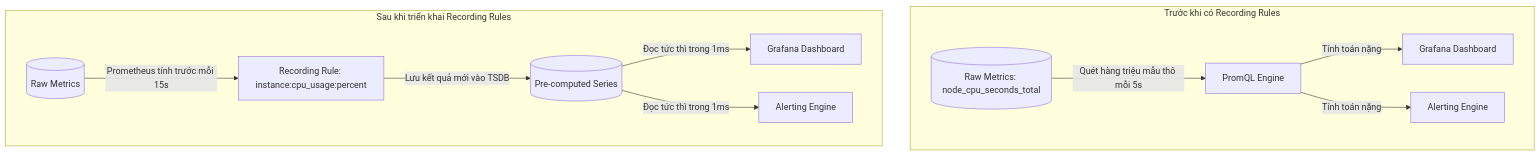
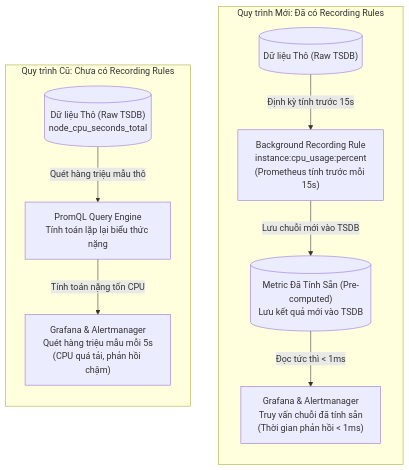
Before and after one commit to DucPham-it/linux_op_lab1: the ninth of 11 diagrams in report.md, drawn with Mermaid. The commit also changed other lines of this file and 3 other files, not shown here.

````diff
--- a/report.md
+++ b/report.md
@@ -1132,15 +1170,26 @@
 ```mermaid
-flowchart TD
-    subgraph Traditional_Workflow ["Trước khi có Recording Rules"]
-        RawTSDB[("Raw Metrics: node_cpu_seconds_total")] -->|Quét hàng triệu mẫu thô mỗi 5s| QueryEngine["PromQL Engine"]
-        QueryEngine -->|Tính toán nặng| Grafana1["Grafana Dashboard"]
-        QueryEngine -->|Tính toán nặng| AlertEngine["Alerting Engine"]
+flowchart LR
+    subgraph Traditional ["Quy trình Cũ: Chưa có Recording Rules"]
+        direction TB
+        Raw1[("Dữ liệu Thô (Raw TSDB)<br/>node_cpu_seconds_total")]
+        Engine1["PromQL Query Engine<br/>Tính toán lặp lại biểu thức nặng"]
+        Clients1["Grafana & Alertmanager<br/>Quét hàng triệu mẫu mỗi 5s<br/>(CPU quá tải, phản hồi chậm)"]
+
+        Raw1 -->|"Quét hàng triệu mẫu thô"| Engine1
+        Engine1 -->|"Tính toán nặng tốn CPU"| Clients1
     end
 
-    subgraph Optimized_Workflow ["Sau khi triển khai Recording Rules"]
-        RawTSDB2[("Raw Metrics")] -->|Prometheus tính trước mỗi 15s| RecordRule["Recording Rule: instance:cpu_usage:percent"]
-        RecordRule -->|Lưu kết quả mới vào TSDB| NewTSDB[("Pre-computed Series")]
-        NewTSDB -->|Đọc tức thì trong 1ms| Grafana2["Grafana Dashboard"]
-        NewTSDB -->|Đọc tức thì trong 1ms| AlertEngine2["Alerting Engine"]
+    subgraph Optimized ["Quy trình Mới: Đã có Recording Rules"]
+        direction TB
+        Raw2[("Dữ liệu Thô (Raw TSDB)")]
+        Rule["Background Recording Rule<br/>instance:cpu_usage:percent<br/>(Prometheus tính trước mỗi 15s)"]
+        PreTSDB[("Metric Đã Tính Sẵn (Pre-computed)<br/>Lưu kết quả mới vào TSDB")]
+        Clients2["Grafana & Alertmanager<br/>Truy vấn chuỗi đã tính sẵn<br/>(Thời gian phản hồi < 1ms)"]
+
+        Raw2 -->|"Định kỳ tính trước 15s"| Rule
+        Rule -->|"Lưu chuỗi mới vào TSDB"| PreTSDB
+        PreTSDB -->|"Đọc tức thì < 1ms"| Clients2
     end
+
+    Traditional ~~~ Optimized
 ```
````
